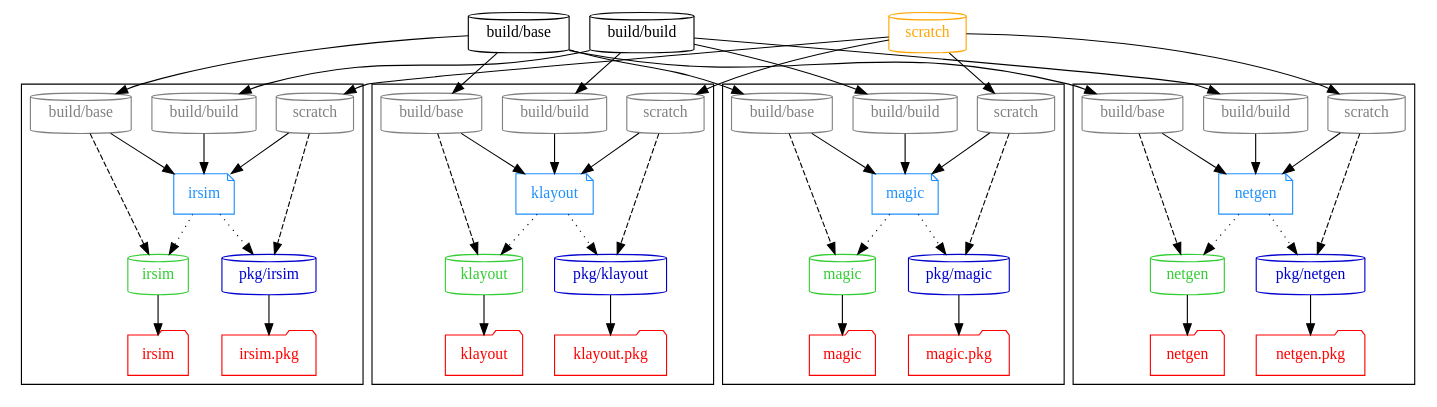
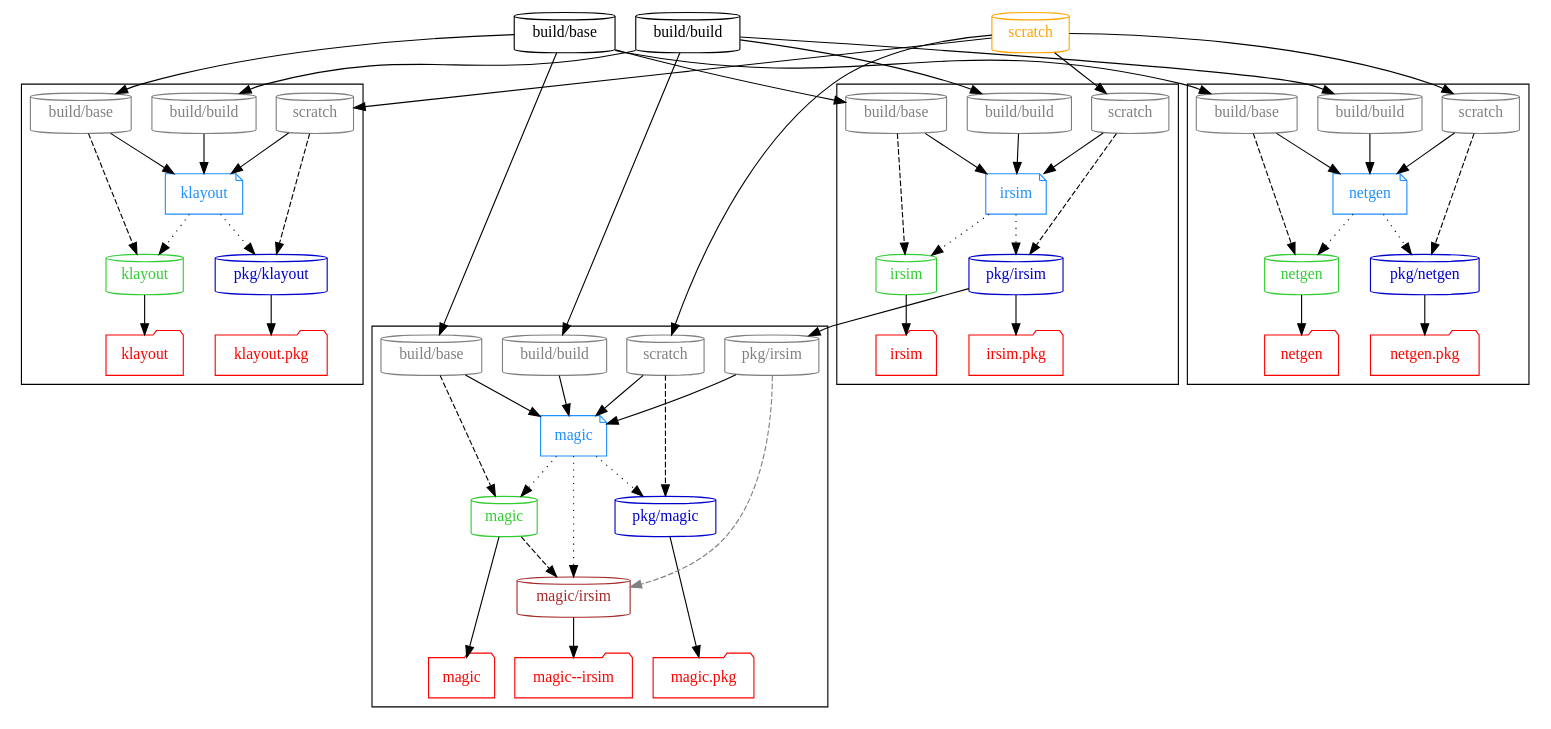
Before and after one commit to hdl/containers: the diagram in doc/graph/asic.dot, drawn with Graphviz. The commit also changed 5 other files, not shown here.

Commit message:
add magic/irsim (#30)

```diff
--- a/doc/graph/asic.dot
+++ b/doc/graph/asic.dot
@@ -47,6 +47,9 @@
       "pkg/klayout"
       "pkg/magic"
       "pkg/netgen"
+    }
+    { node [color=brown, fontcolor=brown]
+      "magic/irsim"
     }
   }
 
@@ -116,21 +119,25 @@
       "p_magic_build/build" [label="build/build"]
       "p_magic_build/base" [label="build/base"]
       "p_magic_scratch" [label="scratch"]
+      "p_magic_pkg/irsim" [label="pkg/irsim"]
     }
 
     d_magic -> {
       "magic"
       "pkg/magic"
+      "magic/irsim"
     } [style=dotted];
 
-    {
+    { rank=same
       node [shape=folder, color=red, fontcolor=red]
       "t_magic" [label="magic"];
       "t_pkg/magic" [label="magic.pkg"];
+      "t_magic/irsim" [label="magic--irsim"];
     }
 
     "magic" -> "t_magic";
     "pkg/magic" -> "t_pkg/magic";
+    "magic/irsim" -> "t_magic/irsim";
   }
 
   subgraph cluster_netgen {
@@ -166,6 +173,7 @@
   "build/base" -> "p_klayout_build/base" -> d_klayout;
   "scratch" -> "p_klayout_scratch" -> d_klayout;
 
+  "pkg/irsim" -> "p_magic_pkg/irsim" -> d_magic;
   "build/build" -> "p_magic_build/build" -> d_magic;
   "build/base" -> "p_magic_build/base" -> d_magic;
   "scratch" -> "p_magic_scratch" -> d_magic;
@@ -183,8 +191,13 @@
     "p_klayout_scratch" -> "pkg/klayout";
     "p_magic_build/base" -> "magic";
     "p_magic_scratch" -> "pkg/magic";
+    "magic" -> "magic/irsim";
     "p_netgen_build/base" -> "netgen";
     "p_netgen_scratch" -> "pkg/netgen";
   }
 
+  { edge [style=dashed, color=grey]
+    "p_magic_pkg/irsim" -> "magic/irsim";
+  }
+
 }
```
